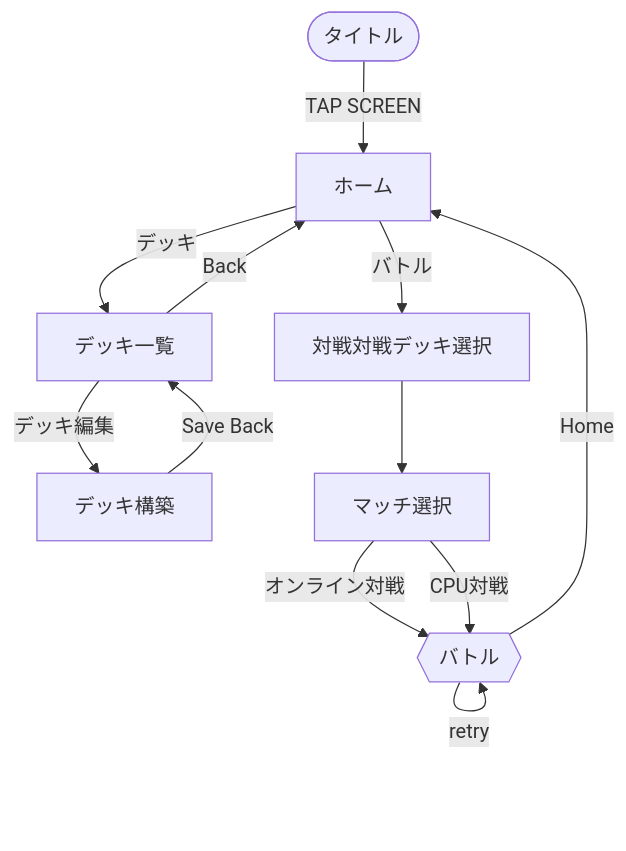
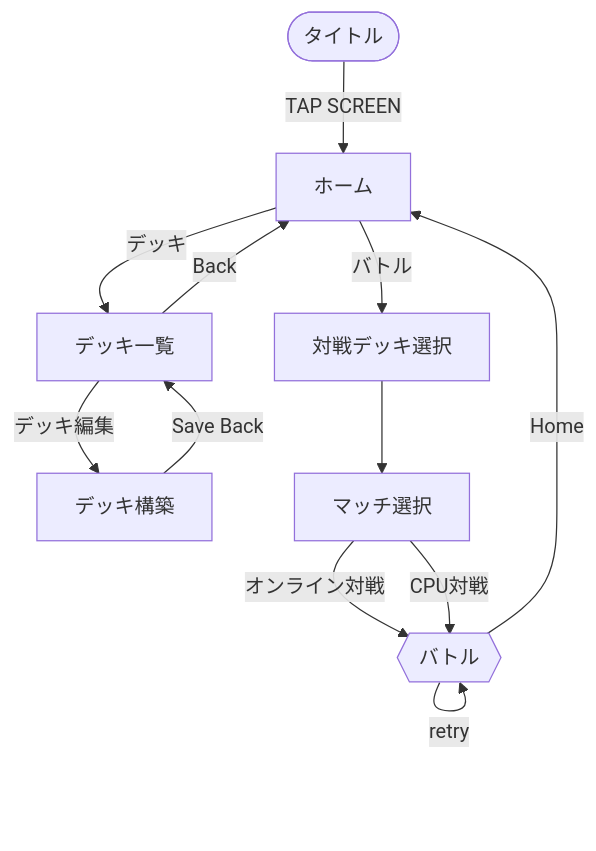
One commit to nao7075/HAND-TACTICS changed the diagram in HAND_TACTICS.md. Above: the diagram before and after it, drawn with Mermaid. The commit also changed other lines of this file and 1 other file, not shown here.

````diff
--- a/HAND_TACTICS.md
+++ b/HAND_TACTICS.md
@@ -141,16 +89,16 @@
 ```mermaid
 graph TD  
     Start([タイトル]) -->|TAP SCREEN| Home[ホーム];  
       
     Home -->|デッキ| DeckList[デッキ一覧];  
     DeckList -->|デッキ編集| Deck[デッキ構築];  
     Deck -->|Save  Back| DeckList;  
     DeckList -->|Back| Home;  
       
-    Home -->|バトル| DeckSelect[対戦対戦デッキ選択];  
+    Home -->|バトル| DeckSelect[対戦デッキ選択];  
     DeckSelect --> Matching[マッチ選択];  
     Matching -->|オンライン対戦| Battle{{バトル}};
     Matching -->|CPU対戦| Battle{{バトル}};  
     Battle --retry--> Battle  
     Battle --> |Home| Home;
 ```
````
